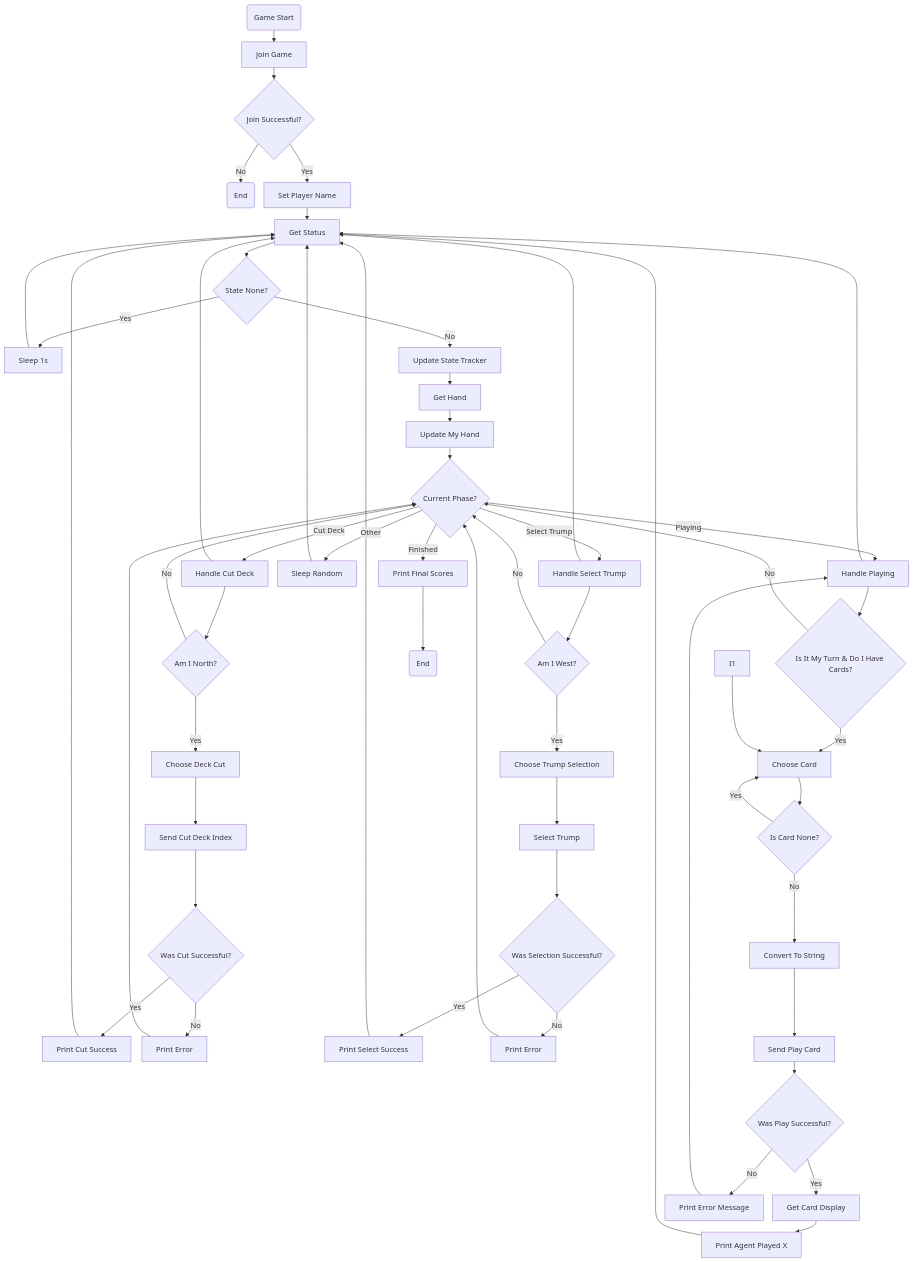
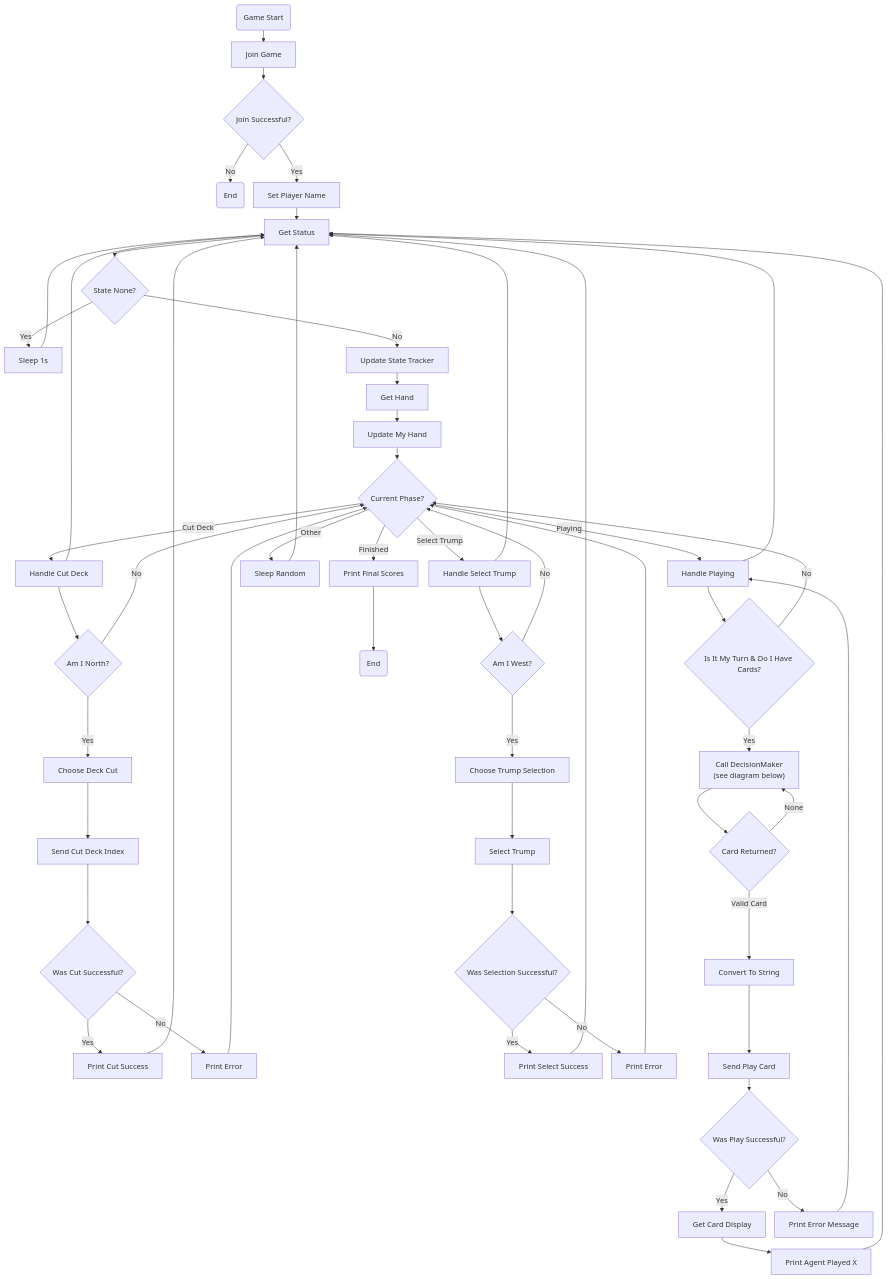
The first of 2 diagrams in Docs/fluxograms/average-agent-workflow.md (PEI09-25-26/Sueca), drawn with Mermaid before and after one commit. The commit also changed 1 other file, not shown here.

Commit message:
quick rework

````diff
--- a/Docs/fluxograms/average-agent-workflow.md
+++ b/Docs/fluxograms/average-agent-workflow.md
@@ -1,72 +1,74 @@
 ```mermaid
 %%{init: {'flowchart': {'nodeSpacing': 20, 'rankSpacing': 25}}}%%
 flowchart TD
 
 A(Game Start) --> B[Join Game]
 B --> C{Join Successful?}
 C -->|No| D(End)
 C -->|Yes| E[Set Player Name]
 
 E --> F[Get Status]
 F --> G{State None?}
 G -->|Yes| H[Sleep 1s]
 H --> F
 G -->|No| I[Update State Tracker]
 
 I --> J[Get Hand]
 J --> K[Update My Hand]
 K --> L{Current Phase?}
 
 L -->|Cut Deck| M[Handle Cut Deck]
 M -->N{Am I North?}
 N -->|Yes|O[Choose Deck Cut]
 O -->W[Send Cut Deck Index]
 W -->X{Was Cut Successful?}
 X -->|Yes|Y[Print Cut Success]
 Y --> F
 X -->|No|Z[Print Error]
 Z -->L
 N -->|No|L
 
 
 L -->|Select Trump| P[Handle Select Trump]
 P -->A1{Am I West?}
 A1 --> |Yes|C1[Choose Trump Selection]
 A1 --> |No|L
 C1 --> D1[Select Trump]
 D1 --> E1{Was Selection Successful?}
 E1 --> |Yes| F1[Print Select Success]
 F1 --> F
 E1 --> |No| G1[Print Error]
 G1 --> L
 
 
 
 L -->|Playing| R[Handle Playing]
 R --> H1{Is It My Turn & Do I Have Cards?}
 
 H1 -->|Yes| K1["Call DecisionMaker\n(see diagram below)"]
 H1 -->|No| L
 
-I1 --> K1[Choose Card]
-K1 --> L1{Is Card None?}
-L1 -->|Yes|K1
-L1 -->|No|N1[Convert To String]
-N1 -->O1[Send Play Card]
-O1 -->P1{Was Play Successful?}
-P1 -->|Yes|Q1[Get Card Display]
-Q1 -->R1[Print Agent Played X]
-R1 -->F
-P1 -->|No|T1[Print Error Message]
-T1 -->R
 
+%% Decision Maker output (FROM second diagram conceptually)
+K1 --> L1{Card Returned?}
+
+L1 -->|None| K1
+L1 -->|Valid Card| N1[Convert To String]
+
+N1 --> O1[Send Play Card]
+O1 --> P1{Was Play Successful?}
+P1 -->|Yes| Q1[Get Card Display]
+Q1 --> R1[Print Agent Played X]
+R1 --> F
+P1 -->|No| T1[Print Error Message]
+T1 --> R
 
 L -->|Finished| T[Print Final Scores]
 T --> S3(End)
 L -->|Other| U[Sleep Random]
 
 M --> F
 P --> F
 R --> F
 U --> F
 ```
````
